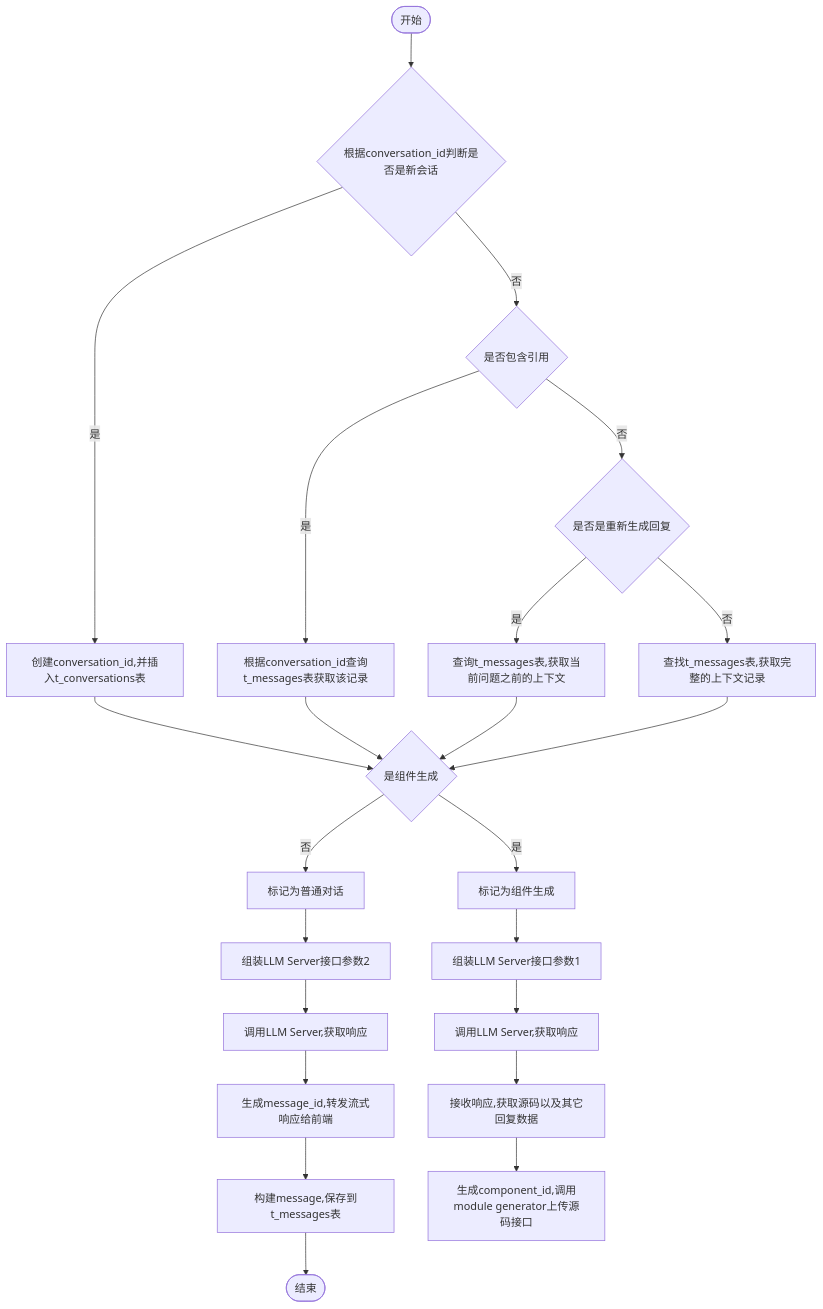
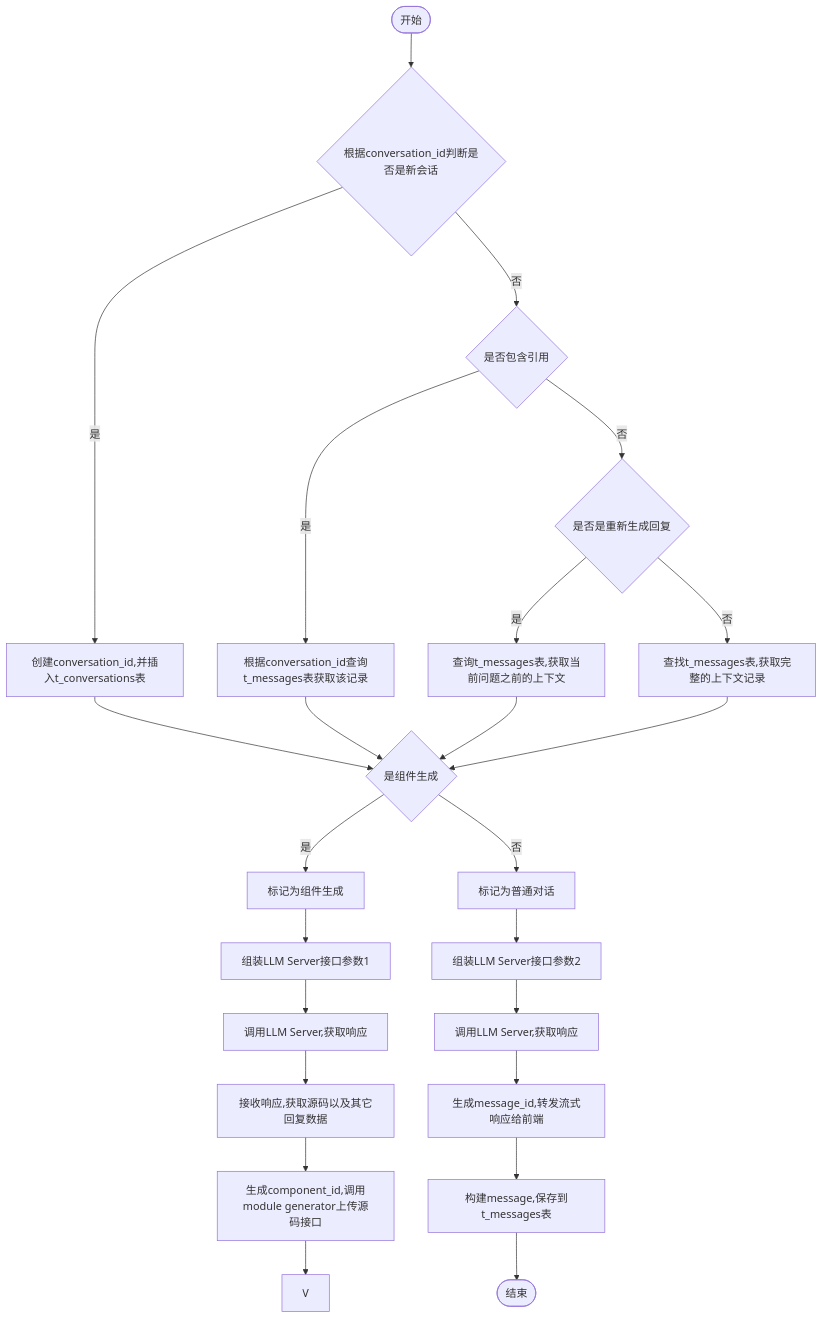
Before and after one commit to yingjianzh/iodraw-files: the diagram in all/未命名-7.md, drawn with Mermaid.

Commit message:
2024-10-12 14:36:03 update

````diff
--- a/all/未命名-7.md
+++ b/all/未命名-7.md
@@ -1,29 +1,29 @@
 ```mermaid
 flowchart TD
     A([开始]) --> B{根据conversation_id判断是否是新会话}
     B -- 是 --> C[创建conversation_id,并插入t_conversations表]
     B -- 否 --> D{是否包含引用}
     D -- 是 --> E[根据conversation_id查询t_messages表获取该记录]
     D -- 否 --> F{是否是重新生成回复}
     F -- 是 --> G[查询t_messages表,获取当前问题之前的上下文]
     F -- 否 --> H[查找t_messages表,获取完整的上下文记录]
      
     C & E & G & H --> I{是组件生成}
     I -- 是 --> J[标记为组件生成]
     I -- 否 --> K[标记为普通对话]
 
     J --> L[组装LLM Server接口参数1]    
     K --> M[组装LLM Server接口参数2]    
     M --> N[调用LLM Server,获取响应]    
     N --> O[生成message_id,转发流式响应给前端]
     O --> P[构建message,保存到t_messages表]
     P --> R([结束])
 
 
     L --> S[调用LLM Server,获取响应]
     S --> T[接收响应,获取源码以及其它回复数据]
     T --> U[生成component_id,调用module generator上传源码接口]
-    
+    U --> V
 
 
 ```
````
